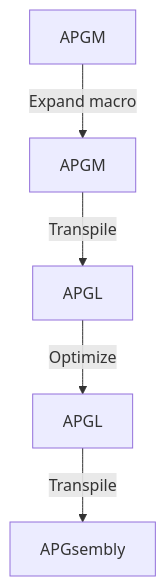
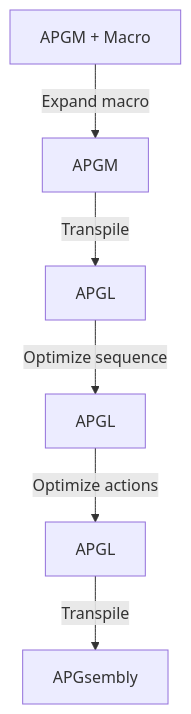
Before and after one commit to rei1024/rei1024.github.io: the diagram in proj/apgm/README.md, drawn with Mermaid. The commit also changed other lines of this file and 26 other files, not shown here.

````diff
--- a/proj/apgm/README.md
+++ b/proj/apgm/README.md
@@ -7,7 +7,8 @@
 ```mermaid
 graph TD
-    APGM1[APGM] -->|Expand macro| APGM2[APGM]
+    APGM1[APGM + Macro] -->|Expand macro| APGM2[APGM]
     APGM2[APGM] -->|Transpile| APGL1[APGL]
-    APGL1[APGL] -->|Optimize| APGL2[APGL]
-    APGL2[APGL] -->|Transpile| APGsembly[APGsembly]
+    APGL1[APGL] -->|Optimize sequence| APGL2[APGL]
+    APGL2[APGL] -->|Optimize actions| APGL3[APGL]
+    APGL3[APGL] -->|Transpile| APGsembly[APGsembly]
 ```
````
